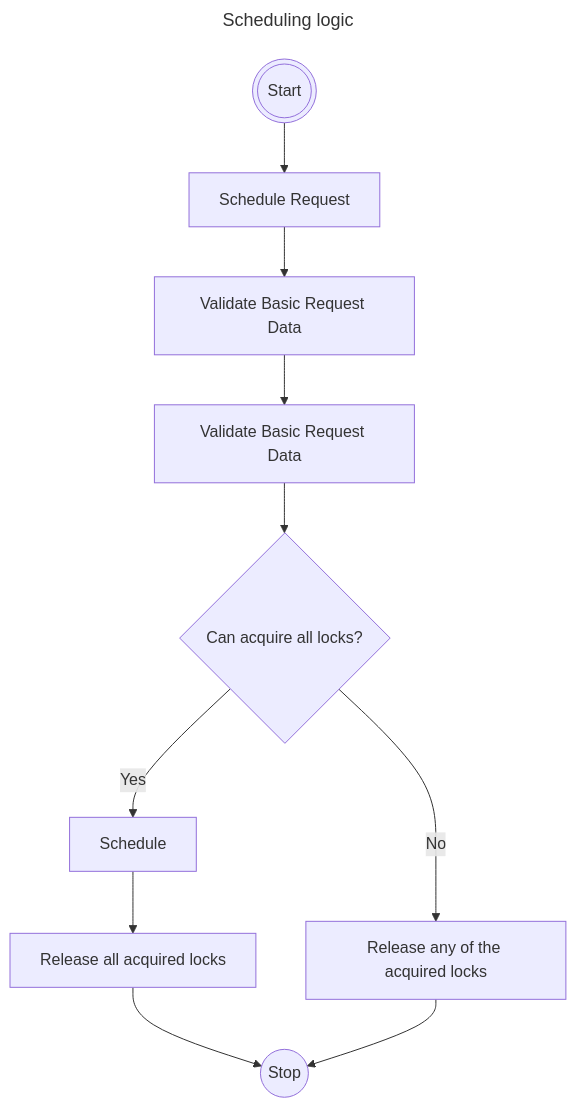
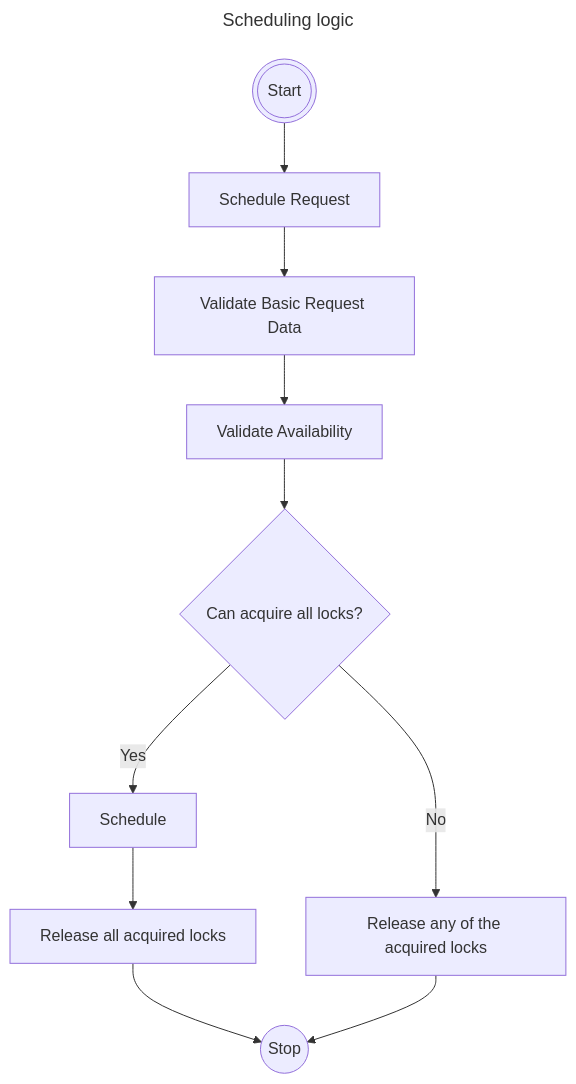
Before and after one commit to ohcnetwork/docs: the third of 5 diagrams in docs/care/CEP/Draft/0007-scheduling.md, drawn with Mermaid.

Commit message:
fix review comments

````diff
--- a/docs/care/CEP/Draft/0007-scheduling.md
+++ b/docs/care/CEP/Draft/0007-scheduling.md
@@ -203,16 +203,16 @@
 ```mermaid
 ---
 title: Scheduling logic
 ---
 flowchart TD
     start(((Start))) --> sReq["Schedule Request"]
     sReq --> vReqdata["Validate Basic Request Data"]
-    vReqdata --> vAvailability["Validate Basic Request Data"]
+    vReqdata --> vAvailability["Validate Availability"]
     vAvailability --> lockCheck{"Can acquire all locks?"}
     lockCheck --> |Yes| sc["Schedule"]
     sc --> rel["Release all acquired locks"]
     rel --> stop((Stop))
 
     lockCheck --> |No| relWhatever["Release any of the acquired locks"]
     relWhatever --> stop 
 ```
````
